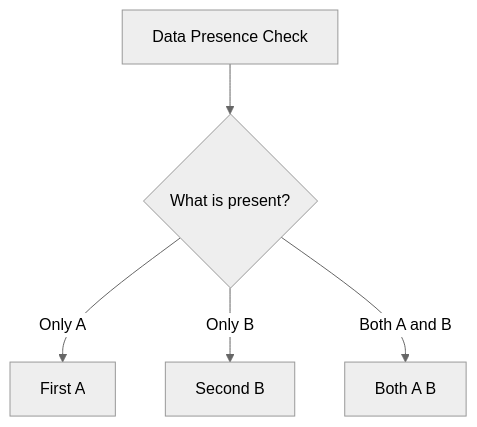
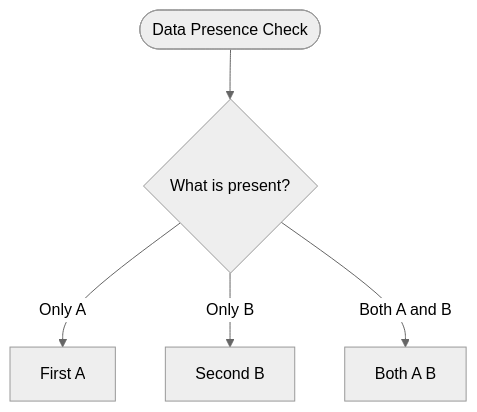
One commit to nlozgachev/pipelined changed the diagram in docs/src/content/docs/guides/these.md. Above: the diagram before and after it, drawn with Mermaid (neutral theme). The commit also changed other lines of this file and 32 other files, not shown here.

Commit message:
docs: rework reading flow, v0.62.0

````diff
--- a/docs/src/content/docs/guides/these.md
+++ b/docs/src/content/docs/guides/these.md
@@ -32,7 +18,7 @@
 ```mermaid
 flowchart TD
-    Start[Data Presence Check] --> Choice{What is present?}
+    Start([Data Presence Check]) --> Choice{What is present?}
     Choice -->|Only A| First[First A]
     Choice -->|Only B| Second[Second B]
     Choice -->|Both A and B| Both[Both A B]
 ```
````
